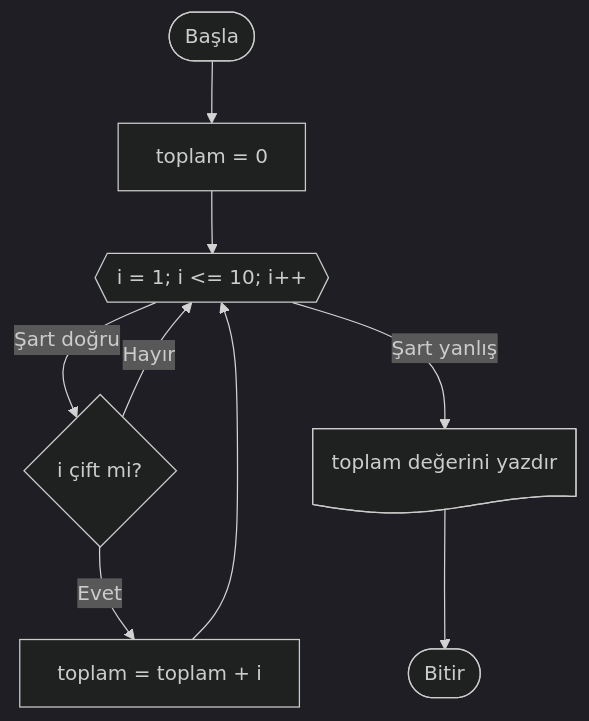
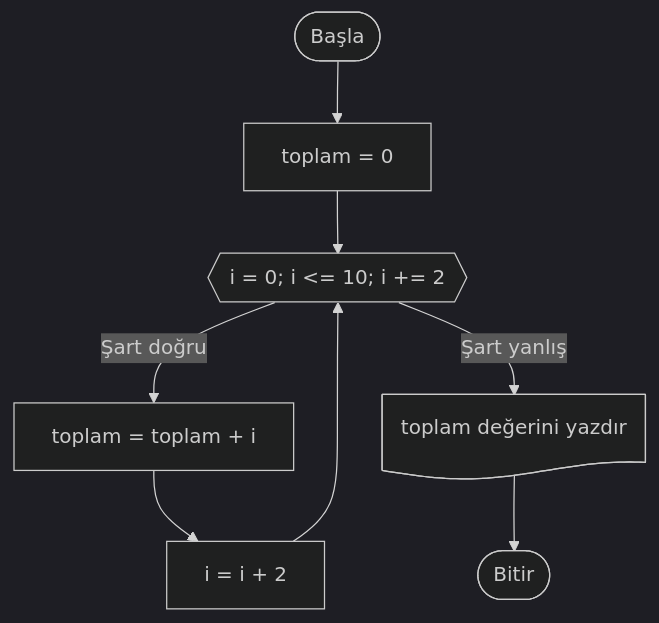
The ninth of 13 diagrams in Hafta_05_Akis_Diyagramlari_2.md (ibrahimayaz/Algoritma-ve-Programlamaya-Giris), drawn with Mermaid (dark theme) before and after one commit. The commit also changed other lines of this file, not shown here.

````diff
--- a/Hafta_05_Akis_Diyagramlari_2.md
+++ b/Hafta_05_Akis_Diyagramlari_2.md
@@ -257,11 +256,10 @@
 ```mermaid
 graph TD
     A([Başla]) --> B[toplam = 0]
-    B --> C{{"i = 1; i <= 10; i++"}}
-    C -- Şart doğru --> D{i çift mi?}
-    D -- Evet --> E[toplam = toplam + i]
+    B --> C{{"i = 0; i <= 10; i += 2"}}
+    C -- Şart doğru --> D[toplam = toplam + i]
+    D --> E[i = i + 2]
     E --> C
-    D -- Hayır --> C
     C -- Şart yanlış --> F@{ shape: doc, label: "toplam değerini yazdır" }
     F --> G([Bitir])
 ```
````
